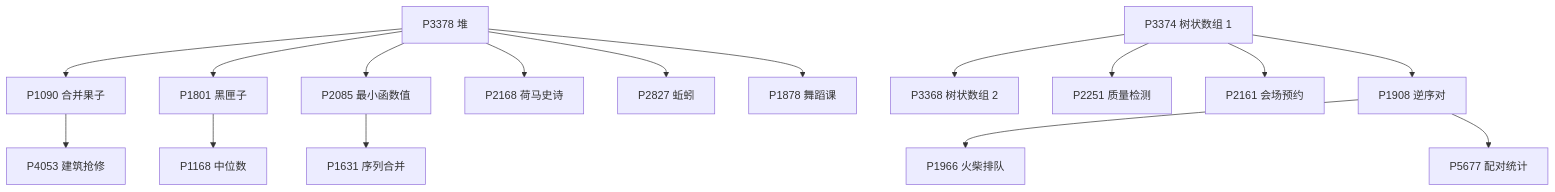
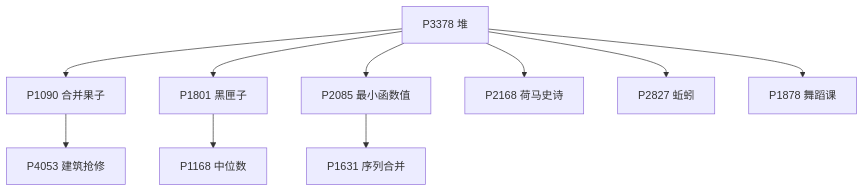
Diagram 15 of 56 in problem-sets/luogu-official-advanced-training.md (rainboyOJ/new_problem_solutions), drawn with Mermaid before and after one commit. The commit also changed other lines of this file and 3 other files, not shown here.

First line of the commit message:
fix(problem-sets): 前置关系图不再缩字——去孤立节点、按支线拆图、宽图横向滚动

````diff
--- a/problem-sets/luogu-official-advanced-training.md
+++ b/problem-sets/luogu-official-advanced-training.md
@@ -342,36 +427,23 @@
 ```mermaid
 flowchart TD
-  n3378["P3378 堆"]
-  n1090["P1090 合并果子"]
-  n4053["P4053 建筑抢修"]
-  n1801["P1801 黑匣子"]
-  n1168["P1168 中位数"]
-  n2085["P2085 最小函数值"]
-  n1631["P1631 序列合并"]
-  n2168["P2168 荷马史诗"]
-  n2827["P2827 蚯蚓"]
-  n1878["P1878 舞蹈课"]
-  n3374["P3374 树状数组 1"]
-  n3368["P3368 树状数组 2"]
-  n2251["P2251 质量检测"]
-  n2161["P2161 会场预约"]
-  n1908["P1908 逆序对"]
-  n1966["P1966 火柴排队"]
-  n5677["P5677 配对统计"]
+  nP3378["P3378 堆"]
+  nP1090["P1090 合并果子"]
+  nP4053["P4053 建筑抢修"]
+  nP1801["P1801 黑匣子"]
+  nP1168["P1168 中位数"]
+  nP2085["P2085 最小函数值"]
+  nP1631["P1631 序列合并"]
+  nP2168["P2168 荷马史诗"]
+  nP2827["P2827 蚯蚓"]
+  nP1878["P1878 舞蹈课"]
 
-  n3378 --> n1090
-  n1090 --> n4053
-  n3378 --> n1801
-  n1801 --> n1168
-  n3378 --> n2085
-  n2085 --> n1631
-  n3378 --> n2168
-  n3378 --> n2827
-  n3378 --> n1878
-  n3374 --> n3368
-  n3374 --> n2251
-  n3374 --> n2161
-  n3374 --> n1908
-  n1908 --> n1966
-  n1908 --> n5677
+  nP3378 --> nP1090
+  nP1090 --> nP4053
+  nP3378 --> nP1801
+  nP1801 --> nP1168
+  nP3378 --> nP2085
+  nP2085 --> nP1631
+  nP3378 --> nP2168
+  nP3378 --> nP2827
+  nP3378 --> nP1878
 ```
````
